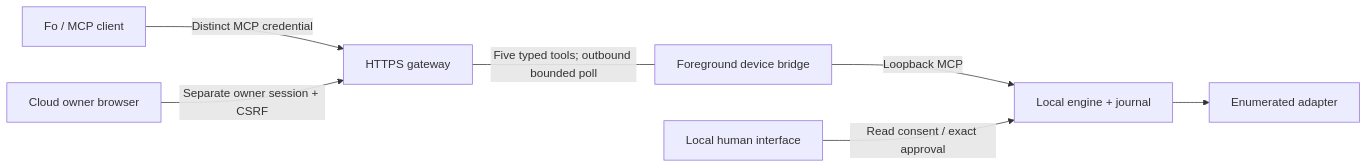
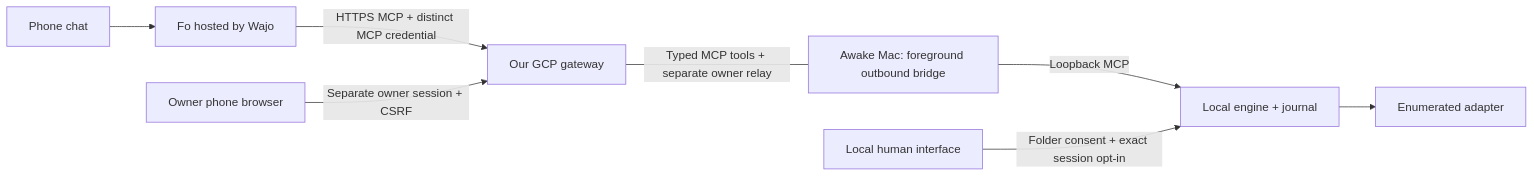
The first of 2 diagrams in docs/ARCHITECTURE.md (AvichalDwivedi2205/wajo-hack), drawn with Mermaid before and after one commit. The commit also changed other lines of this file and 15 other files, not shown here.

````diff
--- a/docs/ARCHITECTURE.md
+++ b/docs/ARCHITECTURE.md
@@ -5,9 +7,10 @@
 ```mermaid
 flowchart LR
-  Fo[Fo / MCP client] -->|Distinct MCP credential| Gateway[HTTPS gateway]
-  Owner[Cloud owner browser] -->|Separate owner session + CSRF| Gateway
-  Gateway ---|Five typed tools; outbound bounded poll| Bridge[Foreground device bridge]
+  Phone[Phone chat] --> Fo[Fo hosted by Wajo]
+  Fo -->|HTTPS MCP + distinct MCP credential| Gateway[Our GCP gateway]
+  Owner[Owner phone browser] -->|Separate owner session + CSRF| Gateway
+  Gateway ---|Typed MCP tools + separate owner relay| Bridge[Awake Mac: foreground outbound bridge]
   Bridge -->|Loopback MCP| Engine[Local engine + journal]
-  Human[Local human interface] -->|Read consent / exact approval| Engine
+  Human[Local human interface] -->|Folder consent + exact session opt-in| Engine
   Engine --> Native[Enumerated adapter]
 ```
````
